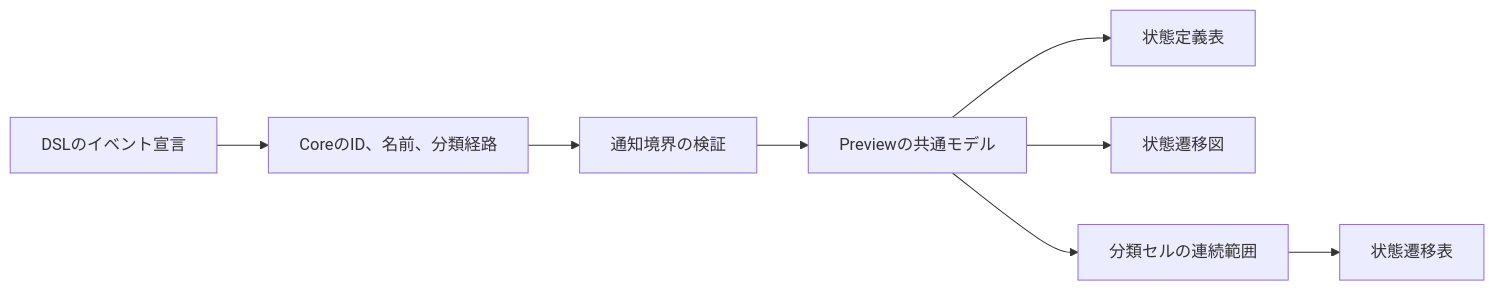
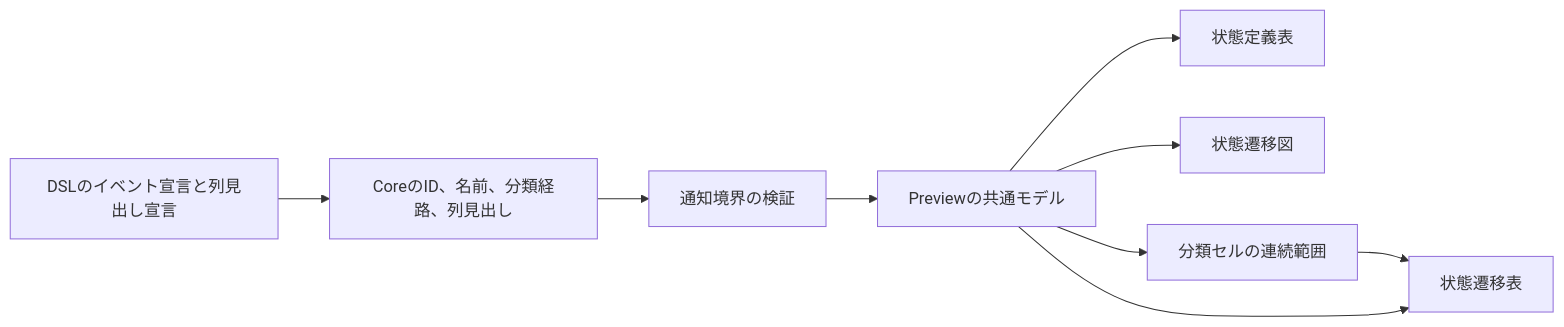
One commit to Glitch-Sound/glitchstate changed the diagram in openspec/changes/add-event-category-hierarchy/design.md. Above: the diagram before and after it, drawn with Mermaid. The commit also changed other lines of this file and 4 other files, not shown here.

````diff
--- a/openspec/changes/add-event-category-hierarchy/design.md
+++ b/openspec/changes/add-event-category-hierarchy/design.md
@@ -78,10 +84,11 @@
 ```mermaid
 flowchart LR
-    A["DSLのイベント宣言"] --> B["CoreのID、名前、分類経路"]
+    A["DSLのイベント宣言と列見出し宣言"] --> B["CoreのID、名前、分類経路、列見出し"]
     B --> C["通知境界の検証"]
     C --> D["Previewの共通モデル"]
     D --> E["状態定義表"]
     D --> F["状態遷移図"]
     D --> G["分類セルの連続範囲"]
     G --> H["状態遷移表"]
+    D --> H
 ```
````
